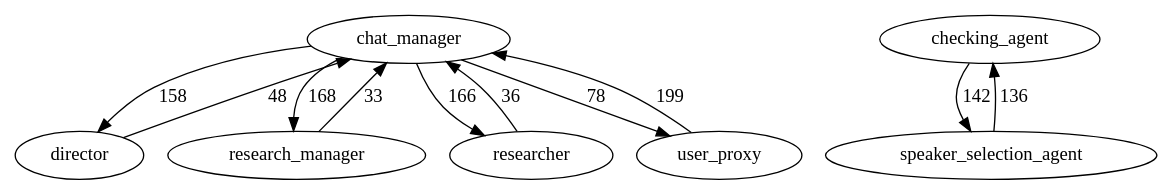
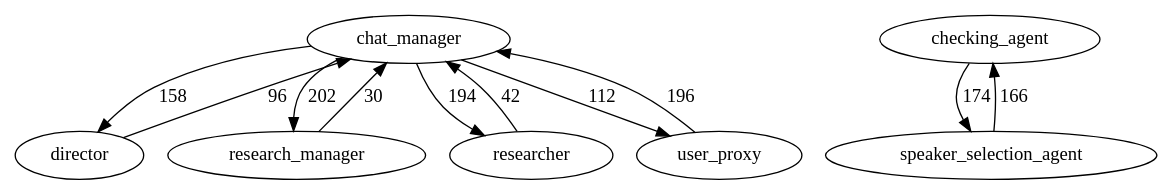
The diagram in outputs/system2_research_agents/trace_graph.dot (BzhH7/MASentinel), drawn with Graphviz before and after one commit. The commit also changed 476 other files, not shown here.

```diff
--- a/outputs/system2_research_agents/trace_graph.dot
+++ b/outputs/system2_research_agents/trace_graph.dot
@@ -1,19 +1,19 @@
 digraph MASentinelTrace {
   "chat_manager" [shape=ellipse];
   "checking_agent" [shape=ellipse];
   "director" [shape=ellipse];
   "research_manager" [shape=ellipse];
   "researcher" [shape=ellipse];
   "speaker_selection_agent" [shape=ellipse];
   "user_proxy" [shape=ellipse];
   "chat_manager" -> "director" [label="158"];
-  "chat_manager" -> "research_manager" [label="168"];
-  "chat_manager" -> "researcher" [label="166"];
-  "chat_manager" -> "user_proxy" [label="78"];
-  "checking_agent" -> "speaker_selection_agent" [label="142"];
-  "director" -> "chat_manager" [label="48"];
-  "research_manager" -> "chat_manager" [label="33"];
-  "researcher" -> "chat_manager" [label="36"];
-  "speaker_selection_agent" -> "checking_agent" [label="136"];
-  "user_proxy" -> "chat_manager" [label="199"];
+  "chat_manager" -> "research_manager" [label="202"];
+  "chat_manager" -> "researcher" [label="194"];
+  "chat_manager" -> "user_proxy" [label="112"];
+  "checking_agent" -> "speaker_selection_agent" [label="174"];
+  "director" -> "chat_manager" [label="96"];
+  "research_manager" -> "chat_manager" [label="30"];
+  "researcher" -> "chat_manager" [label="42"];
+  "speaker_selection_agent" -> "checking_agent" [label="166"];
+  "user_proxy" -> "chat_manager" [label="196"];
 }
```
